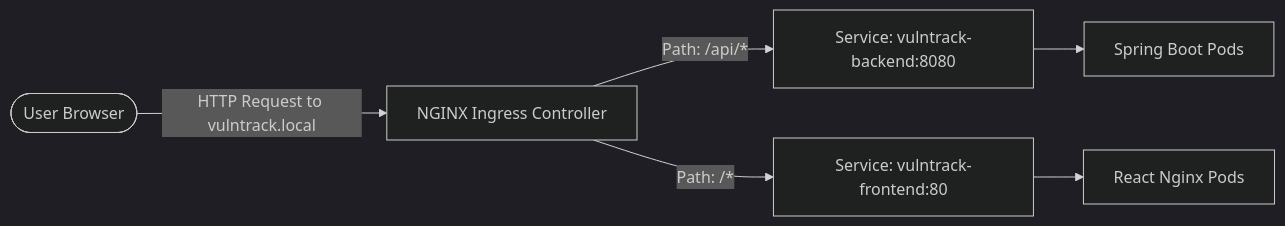
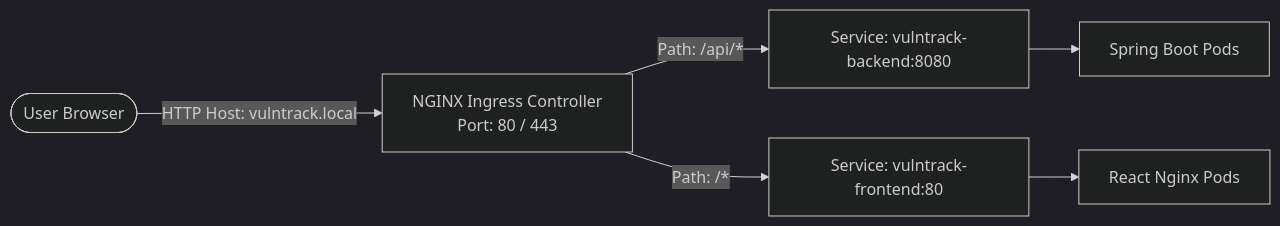
The second of 3 diagrams in docs/handbook/15-helm-ingress-and-hpa.md (DRAGHIT/devsecops-vulntrack), drawn with Mermaid (dark theme) before and after one commit. The commit also changed other lines of this file and 8 other files, not shown here.

Commit message:
docs(handbook): enrich chapters 10-17 with deep-dives, diagrams, PromQL, HPA math, and Swagger guide

````diff
--- a/docs/handbook/15-helm-ingress-and-hpa.md
+++ b/docs/handbook/15-helm-ingress-and-hpa.md
@@ -23,10 +74,10 @@
 ```mermaid
 flowchart LR
-    Client([User Browser]) -->|HTTP Request to vulntrack.local| Ingress[NGINX Ingress Controller]
+    Client([User Browser]) -->|HTTP Host: vulntrack.local| Ingress[NGINX Ingress Controller<br/>Port: 80 / 443]
     
     Ingress -->|Path: /api/*| SvcBackend[Service: vulntrack-backend:8080]
     Ingress -->|Path: /*| SvcFrontend[Service: vulntrack-frontend:80]
     
     SvcBackend --> PodBackend[Spring Boot Pods]
     SvcFrontend --> PodFrontend[React Nginx Pods]
 ```
````
